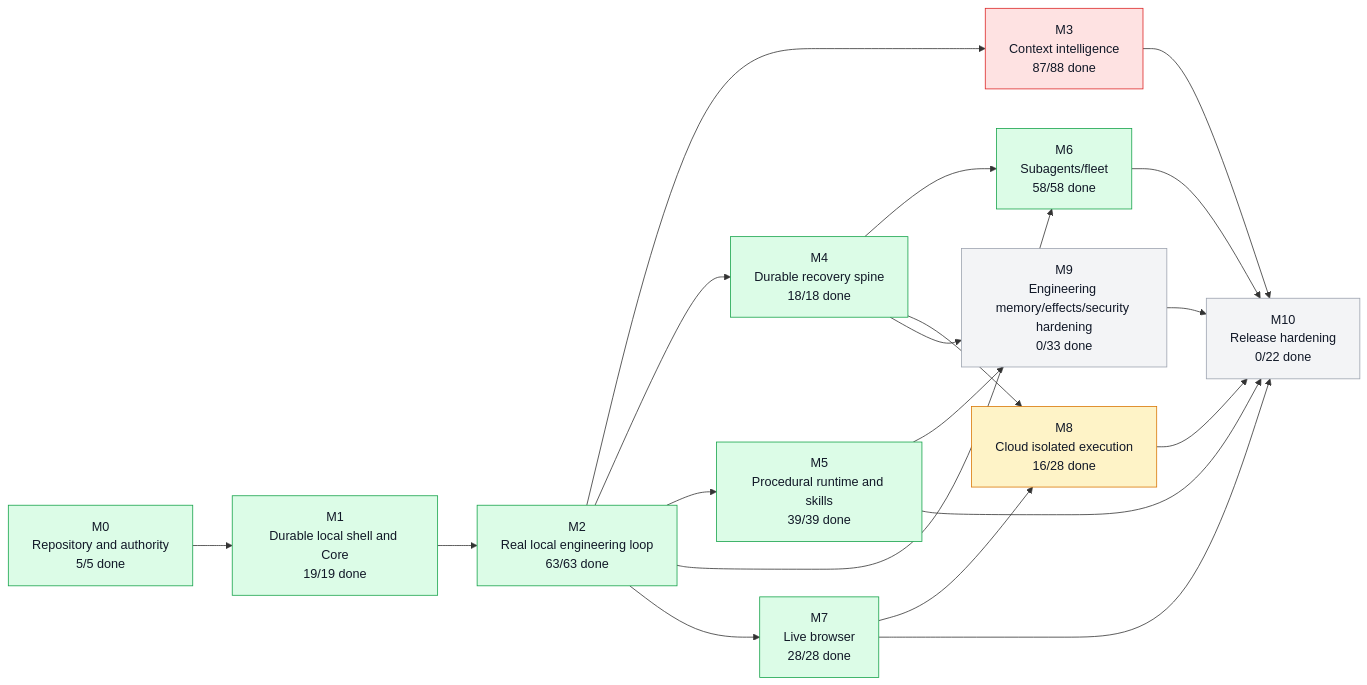
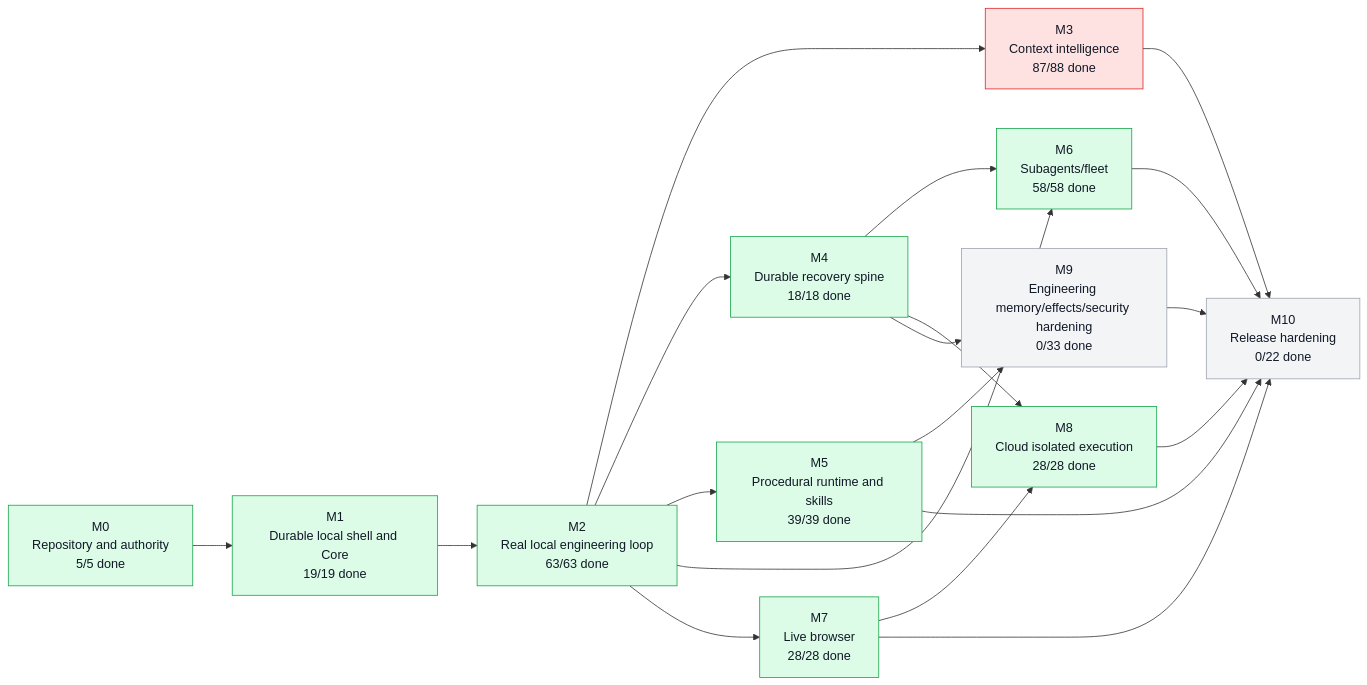
One commit to moss101/modbit changed the first of 5 diagrams in graph/PROJECT_GRAPH.md. Above: the diagram before and after it, drawn with Mermaid. The commit also changed other lines of this file and 4 other files, not shown here.

````diff
--- a/graph/PROJECT_GRAPH.md
+++ b/graph/PROJECT_GRAPH.md
@@ -57,43 +57,43 @@
 ```mermaid
 flowchart LR
   M0["M0<br/>Repository and authority<br/>5/5 done"]
   M1["M1<br/>Durable local shell and Core<br/>19/19 done"]
   M2["M2<br/>Real local engineering loop<br/>63/63 done"]
   M3["M3<br/>Context intelligence<br/>87/88 done"]
   M4["M4<br/>Durable recovery spine<br/>18/18 done"]
   M5["M5<br/>Procedural runtime and skills<br/>39/39 done"]
   M6["M6<br/>Subagents/fleet<br/>58/58 done"]
   M7["M7<br/>Live browser<br/>28/28 done"]
-  M8["M8<br/>Cloud isolated execution<br/>16/28 done"]
+  M8["M8<br/>Cloud isolated execution<br/>28/28 done"]
   M9["M9<br/>Engineering memory/effects/security hardening<br/>0/33 done"]
   M10["M10<br/>Release hardening<br/>0/22 done"]
   M0 --> M1
   M1 --> M2
   M2 --> M3
   M2 --> M4
   M2 --> M5
   M2 --> M6
   M4 --> M6
   M2 --> M7
   M4 --> M8
   M7 --> M8
   M4 --> M9
   M5 --> M9
   M3 --> M10
   M5 --> M10
   M6 --> M10
   M7 --> M10
   M8 --> M10
   M9 --> M10
   style M0 fill:#dcfce7,stroke:#16a34a,color:#111827
   style M1 fill:#dcfce7,stroke:#16a34a,color:#111827
   style M2 fill:#dcfce7,stroke:#16a34a,color:#111827
   style M3 fill:#fee2e2,stroke:#dc2626,color:#111827
   style M4 fill:#dcfce7,stroke:#16a34a,color:#111827
   style M5 fill:#dcfce7,stroke:#16a34a,color:#111827
   style M6 fill:#dcfce7,stroke:#16a34a,color:#111827
   style M7 fill:#dcfce7,stroke:#16a34a,color:#111827
-  style M8 fill:#fef3c7,stroke:#d97706,color:#111827
+  style M8 fill:#dcfce7,stroke:#16a34a,color:#111827
   style M9 fill:#f3f4f6,stroke:#9ca3af,color:#111827
   style M10 fill:#f3f4f6,stroke:#9ca3af,color:#111827
 ```
````
